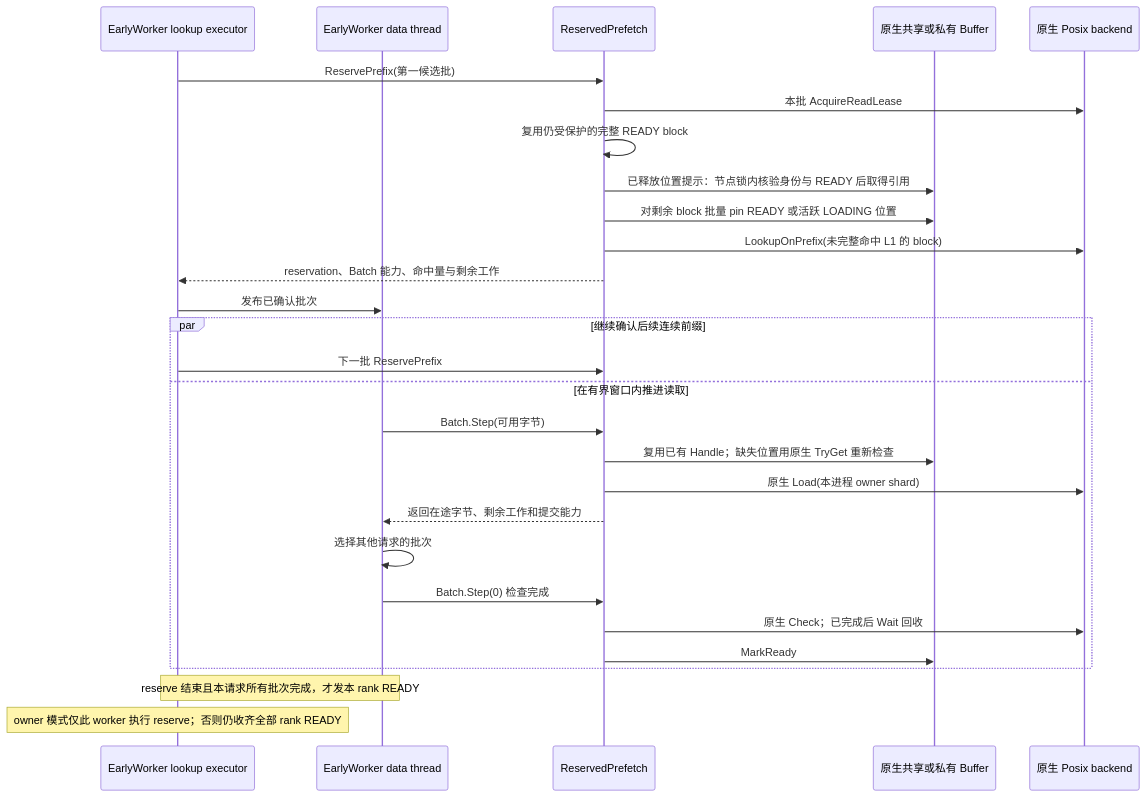
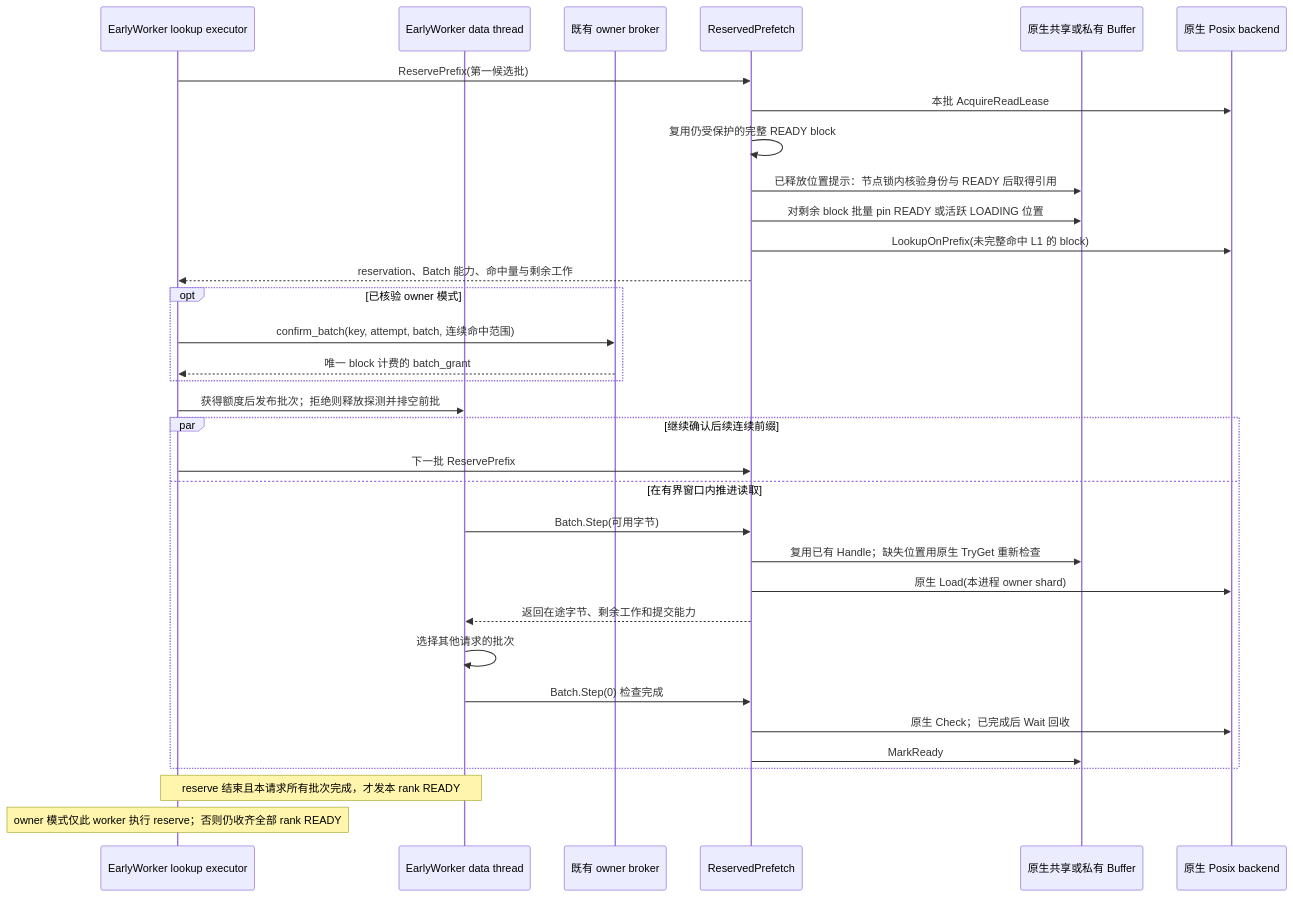
One commit to StorTecDev/ucm-prefetch changed the first of 3 diagrams in docs/EARLY_PREFETCH_DESIGN.md. Above: the diagram before and after it, drawn with Mermaid. The commit also changed other lines of this file and 2 other files, not shown here.

````diff
--- a/docs/EARLY_PREFETCH_DESIGN.md
+++ b/docs/EARLY_PREFETCH_DESIGN.md
@@ -119,30 +120,35 @@
 ```mermaid
 sequenceDiagram
     participant W as EarlyWorker lookup executor
     participant D as EarlyWorker data thread
+    participant O as 既有 owner broker
     participant R as ReservedPrefetch
     participant B as 原生共享或私有 Buffer
     participant P as 原生 Posix backend
     W->>R: ReservePrefix(第一候选批)
     R->>P: 本批 AcquireReadLease
     R->>R: 复用仍受保护的完整 READY block
     R->>B: 已释放位置提示：节点锁内核验身份与 READY 后取得引用
     R->>B: 对剩余 block 批量 pin READY 或活跃 LOADING 位置
     R->>P: LookupOnPrefix(未完整命中 L1 的 block)
     R-->>W: reservation、Batch 能力、命中量与剩余工作
-    W->>D: 发布已确认批次
+    opt 已核验 owner 模式
+        W->>O: confirm_batch(key, attempt, batch, 连续命中范围)
+        O-->>W: 唯一 block 计费的 batch_grant
+    end
+    W->>D: 获得额度后发布批次；拒绝则释放探测并排空前批
     par 继续确认后续连续前缀
         W->>R: 下一批 ReservePrefix
     and 在有界窗口内推进读取
         D->>R: Batch.Step(可用字节)
         R->>B: 复用已有 Handle；缺失位置用原生 TryGet 重新检查
         R->>P: 原生 Load(本进程 owner shard)
         R-->>D: 返回在途字节、剩余工作和提交能力
         D->>D: 选择其他请求的批次
         D->>R: Batch.Step(0) 检查完成
         R->>P: 原生 Check；已完成后 Wait 回收
         R->>B: MarkReady
     end
     Note over W,D: reserve 结束且本请求所有批次完成，才发本 rank READY
     Note over W: owner 模式仅此 worker 执行 reserve；否则仍收齐全部 rank READY
 ```
````
